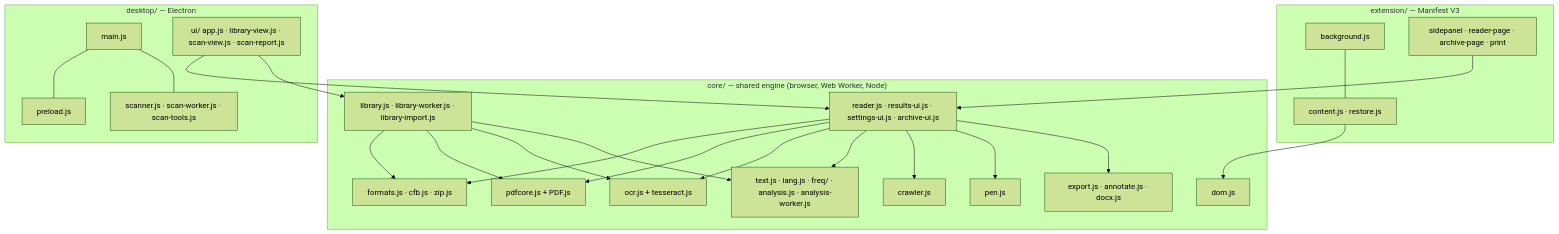
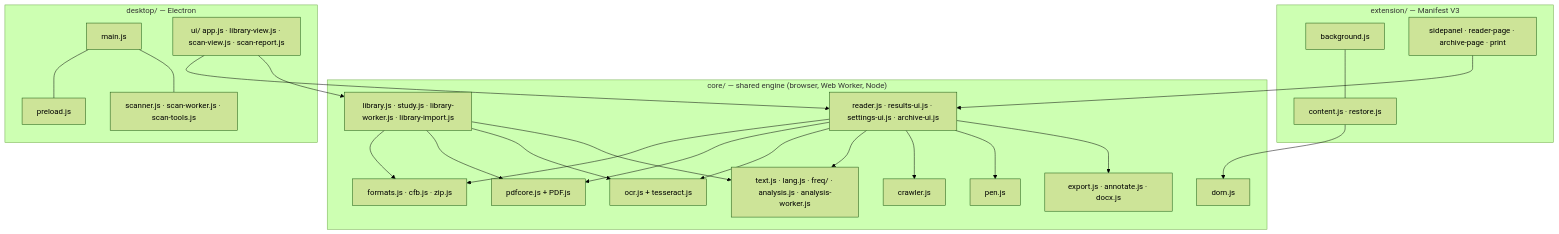
Before and after one commit to davide0707/word-crawler: the first of 4 diagrams in docs/ARCHITECTURE.md, drawn with Mermaid (forest theme). The commit also changed other lines of this file and 6 other files, not shown here.

````diff
--- a/docs/ARCHITECTURE.md
+++ b/docs/ARCHITECTURE.md
@@ -21,30 +21,30 @@
 ```mermaid
 flowchart TB
   subgraph core["core/ — shared engine (browser, Web Worker, Node)"]
     formats[formats.js · cfb.js · zip.js]
     pdf[pdfcore.js + PDF.js]
     ocr[ocr.js + tesseract.js]
     dom[dom.js]
     analysis[text.js · lang.js · freq/ · analysis.js · analysis-worker.js]
     crawler[crawler.js]
     pen[pen.js]
     reader[reader.js · results-ui.js · settings-ui.js · archive-ui.js]
     exports[export.js · annotate.js · docx.js]
-    library[library.js · library-worker.js · library-import.js]
+    library[library.js · study.js · library-worker.js · library-import.js]
   end
   subgraph desktop["desktop/ — Electron"]
     main[main.js] --- preload[preload.js]
     main --- scanner[scanner.js · scan-worker.js · scan-tools.js]
     ui[ui/ app.js · library-view.js · scan-view.js · scan-report.js]
   end
   subgraph ext["extension/ — Manifest V3"]
     bg[background.js] --- content[content.js · restore.js]
     pages[sidepanel · reader-page · archive-page · print]
   end
   ui --> reader
   pages --> reader
   content --> dom
   reader --> formats & pdf & ocr & analysis & crawler & pen & exports
   ui --> library
   library --> formats & pdf & ocr & analysis
 ```
````
